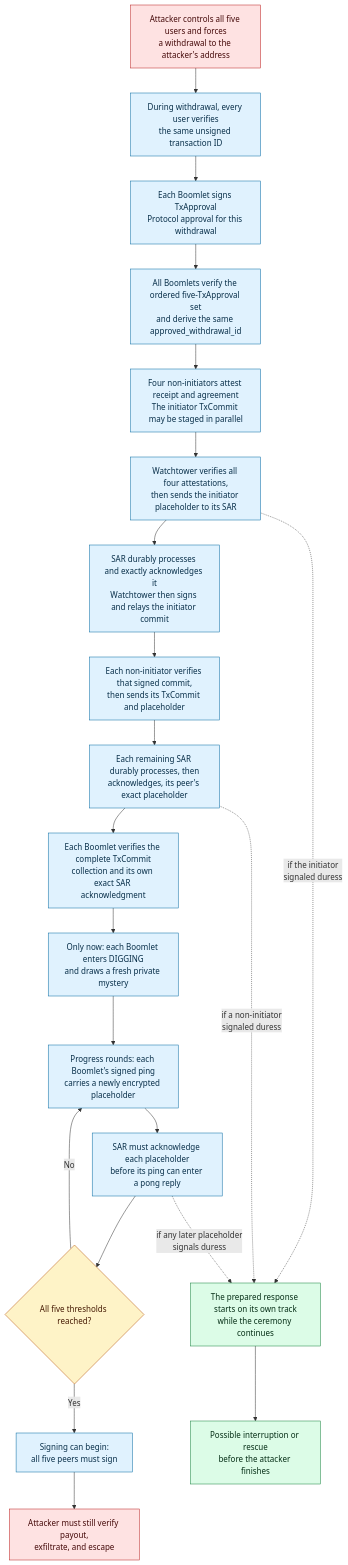
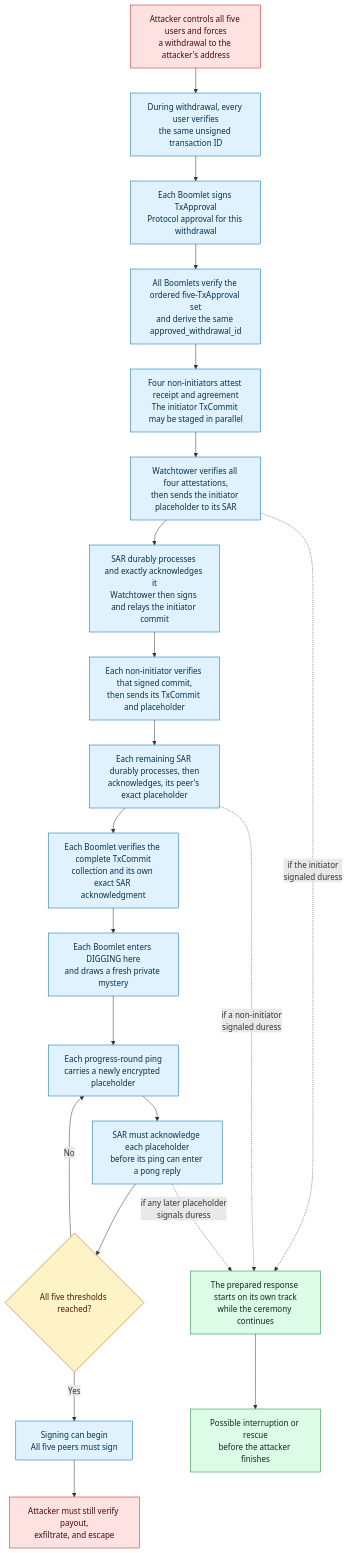
One commit to cogwheel26/boomerang_design changed the second of 6 diagrams in README.md. Above: the diagram before and after it, drawn with Mermaid. The commit also changed other lines of this file and 1 other file, not shown here.

````diff
--- a/README.md
+++ b/README.md
@@ -236,34 +233,34 @@
 ```mermaid
 flowchart TD
     A["Attacker controls all five users and forces<br/>a withdrawal to the attacker's address"] --> T["During withdrawal, every user verifies<br/>the same unsigned transaction ID"]
     T --> A1["Each Boomlet signs TxApproval<br/>Protocol approval for this withdrawal"]
     A1 --> A2["All Boomlets verify the ordered five-TxApproval set<br/>and derive the same approved_withdrawal_id"]
     A2 --> G["Four non-initiators attest receipt and agreement<br/>The initiator TxCommit may be staged in parallel"]
     G --> I0["Watchtower verifies all four attestations,<br/>then sends the initiator placeholder to its SAR"]
     I0 --> D["SAR durably processes and exactly acknowledges it<br/>Watchtower then signs and relays the initiator commit"]
     D --> N["Each non-initiator verifies that signed commit,<br/>then sends its TxCommit and placeholder"]
     N --> K["Each remaining SAR durably processes, then<br/>acknowledges, its peer's exact placeholder"]
     K --> C["Each Boomlet verifies the complete TxCommit<br/>collection and its own exact SAR acknowledgment"]
-    C --> M["Only now: each Boomlet enters DIGGING<br/>and draws a fresh private mystery"]
-    M --> R["Progress rounds: each Boomlet's signed ping<br/>carries a newly encrypted placeholder"]
+    C --> M["Each Boomlet enters DIGGING here<br/>and draws a fresh private mystery"]
+    M --> R["Each progress-round ping<br/>carries a newly encrypted placeholder"]
     R --> P["SAR must acknowledge each placeholder<br/>before its ping can enter a pong reply"]
     P --> Q{"All five thresholds reached?"}
     Q -- "No" --> R
-    Q -- "Yes" --> S["Signing can begin:<br/>all five peers must sign"]
+    Q -- "Yes" --> S["Signing can begin<br/>All five peers must sign"]
     S --> V["Attacker must still verify payout,<br/>exfiltrate, and escape"]
 
     I0 -. "if the initiator<br/>signaled duress" .-> X["The prepared response starts on its own track<br/>while the ceremony continues"]
     K -. "if a non-initiator<br/>signaled duress" .-> X
     P -. "if any later placeholder<br/>signals duress" .-> X
     X --> I["Possible interruption or rescue<br/>before the attacker finishes"]
 
     classDef attacker fill:#fee2e2,stroke:#b91c1c,color:#450a0a
     classDef protocol fill:#e0f2fe,stroke:#0369a1,color:#082f49
     classDef decision fill:#fef3c7,stroke:#b45309,color:#451a03
     classDef response fill:#dcfce7,stroke:#15803d,color:#052e16
     class A attacker
     class T,A1,A2,D,G,I0,N,K,C,M,R,P,S protocol
     class Q decision
     class X,I response
     class V attacker
 ```
````
